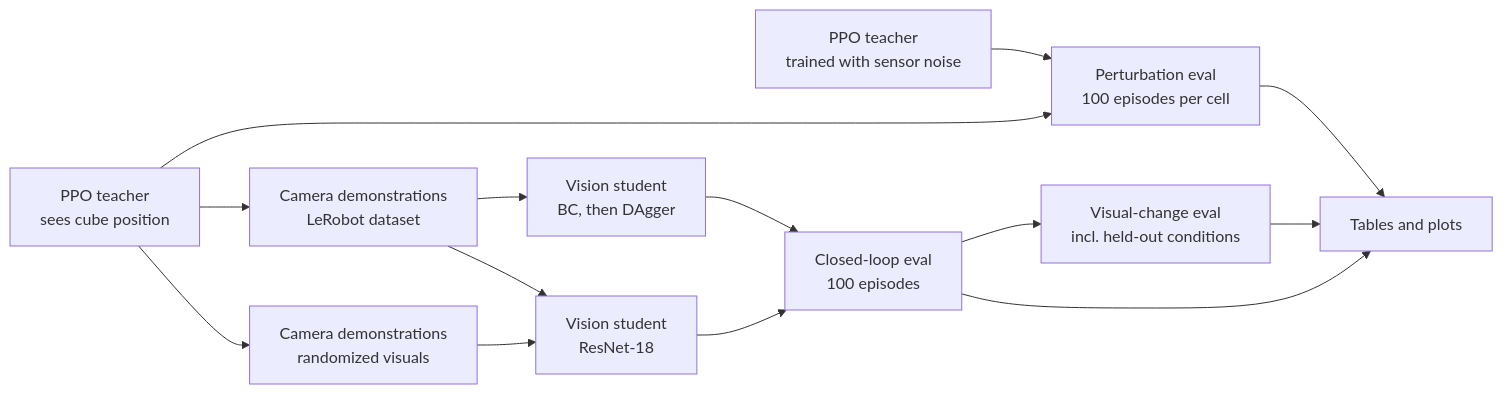
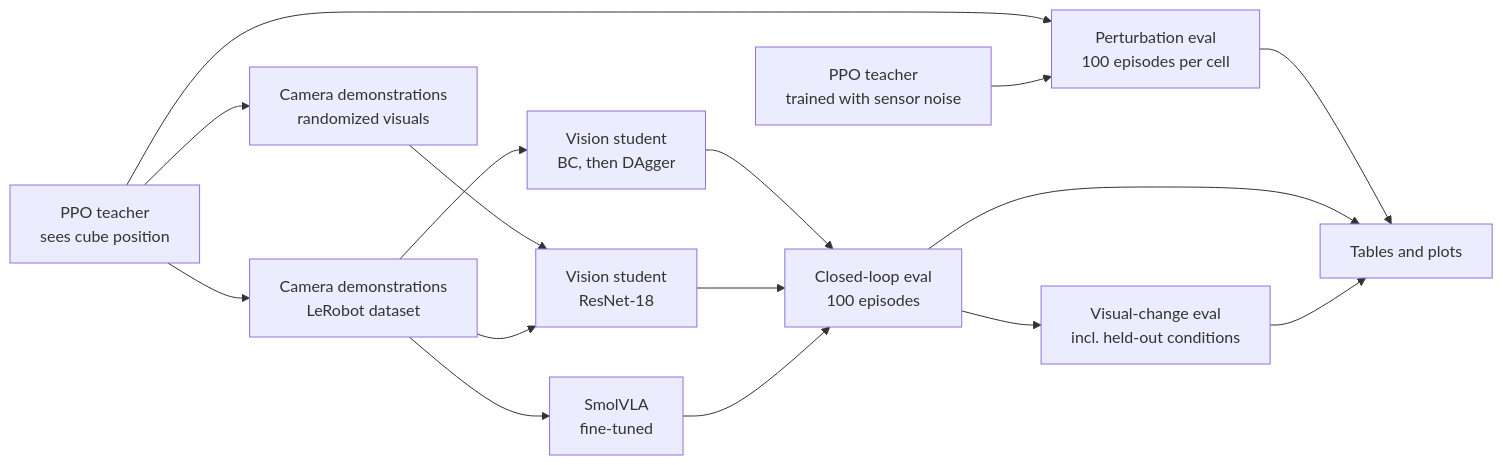
Before and after one commit to Jason-lab1126/autorl-demo: the diagram in README.md, drawn with Mermaid. The commit also changed other lines of this file and 12 other files, not shown here.

First line of the commit message:
Fine-tune SmolVLA on the 1,250-episode LeRobot export and evaluate it closed-loop

````diff
--- a/README.md
+++ b/README.md
@@ -26,16 +27,18 @@
 ```mermaid
 flowchart LR
     A["PPO teacher<br/>sees cube position"] --> B["Perturbation eval<br/>100 episodes per cell"]
     N["PPO teacher<br/>trained with sensor noise"] --> B
     B --> T["Tables and plots"]
     A --> D["Camera demonstrations<br/>LeRobot dataset"]
     D --> S["Vision student<br/>BC, then DAgger"]
     S --> E["Closed-loop eval<br/>100 episodes"]
     A --> R["Camera demonstrations<br/>randomized visuals"]
     R --> V["Vision student<br/>ResNet-18"]
     D --> V
     V --> E
+    D --> L["SmolVLA<br/>fine-tuned"]
+    L --> E
     E --> W["Visual-change eval<br/>incl. held-out conditions"]
     E --> T
     W --> T
 ```
````
